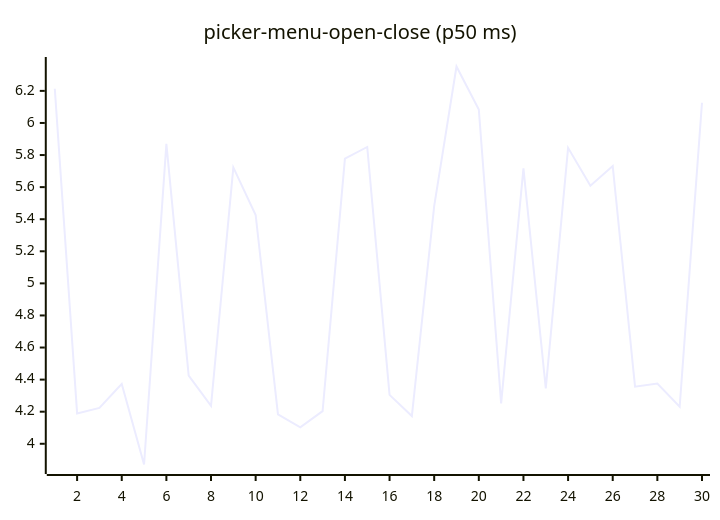
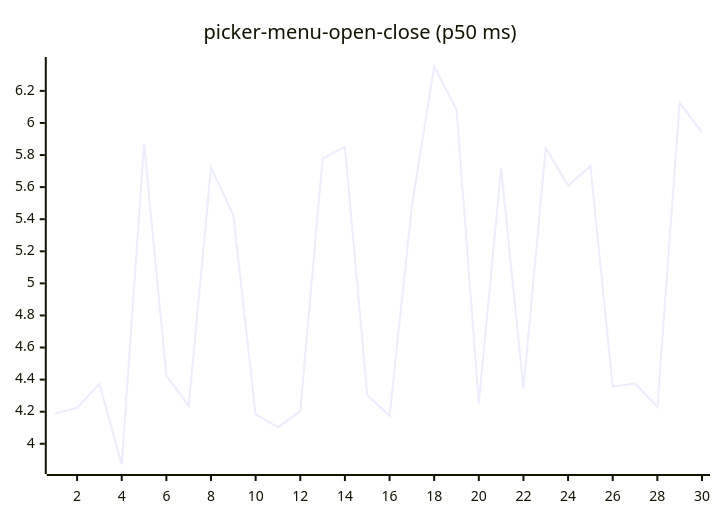
Before and after one commit to josha/Facet: diagram 16 of 27 in README.md, drawn with Mermaid. The commit also changed other lines of this file and 2 other files, not shown here.

````diff
--- a/README.md
+++ b/README.md
@@ -168,6 +168,6 @@
 ```mermaid
 xychart-beta
     title "picker-menu-open-close (p50 ms)"
     x-axis 1 --> 30
-    line [6.2132, 4.1891, 4.2236, 4.3733, 3.8708, 5.8694, 4.4248, 4.2362, 5.7230, 5.4264, 4.1828, 4.1028, 4.2034, 5.7775, 5.8503, 4.3049, 4.1731, 5.4814, 6.3520, 6.0839, 4.2522, 5.7175, 4.3452, 5.8449, 5.6085, 5.7317, 4.3559, 4.3756, 4.2307, 6.1258]
+    line [4.1891, 4.2236, 4.3733, 3.8708, 5.8694, 4.4248, 4.2362, 5.7230, 5.4264, 4.1828, 4.1028, 4.2034, 5.7775, 5.8503, 4.3049, 4.1731, 5.4814, 6.3520, 6.0839, 4.2522, 5.7175, 4.3452, 5.8449, 5.6085, 5.7317, 4.3559, 4.3756, 4.2307, 6.1258, 5.9413]
 ```
````
